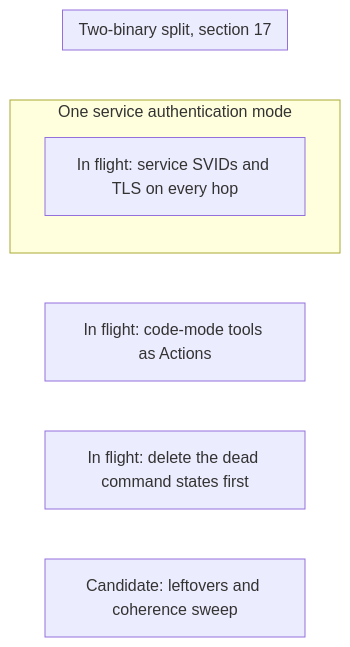
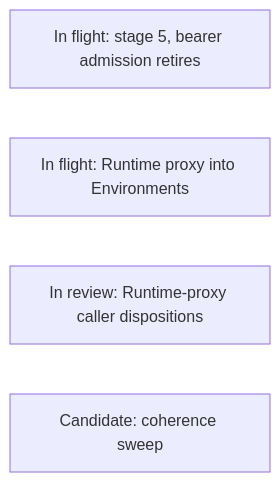
The first of 21 diagrams in agentplane/plans/task_dag.md (agentydragon/ducktape), drawn with Mermaid before and after one commit. The commit also changed other lines of this file and 7 other files, not shown here.

````diff
--- a/agentplane/plans/task_dag.md
+++ b/agentplane/plans/task_dag.md
@@ -215,11 +203,7 @@
 ```mermaid
 flowchart LR
-    subgraph AUTH_TRACK[One service authentication mode]
-        PRIVILEGED_BACKEND_AUTH_DESIGN[In flight: service SVIDs and TLS on every hop]
-    end
-    subgraph SPLIT_TRACK[Two-binary split, section 17]
-    end
-    CENTRAL_SESSION_DELEGATED_ACTING[In flight: code-mode tools as Actions]
-    DISPATCHER_HARNESS_CONFIRMATION[In flight: delete the dead command states first]
-    REFACTOR_COHERENCE_AUDIT[Candidate: leftovers and coherence sweep]
+    PRIVILEGED_BACKEND_AUTH_DESIGN[In flight: stage 5, bearer admission retires]
+    RUNTIME_PROXY_TO_ENVIRONMENTS[In flight: Runtime proxy into Environments]
+    RUNTIME_PROXY_CALLER_AUDIT[In review: Runtime-proxy caller dispositions]
+    REFACTOR_COHERENCE_AUDIT[Candidate: coherence sweep]
 ```
````
